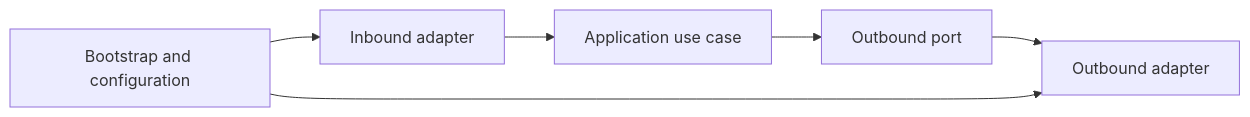
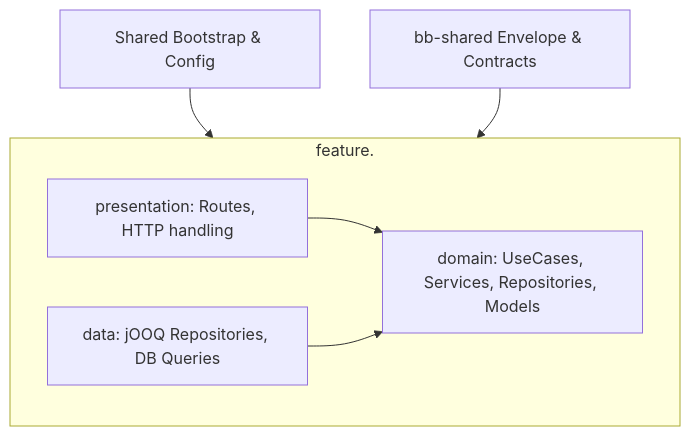
One commit to kevinrjones/acs_ball_by_ball changed the second of 3 diagrams in docs/architecture/applications.md. Above: the diagram before and after it, drawn with Mermaid. The commit also changed other lines of this file and 32 other files, not shown here.

First line of the commit message:
Refactor `bb-api` to adopt feature slices architecture

````diff
--- a/docs/architecture/applications.md
+++ b/docs/architecture/applications.md
@@ -90,8 +87,12 @@
 ```mermaid
-flowchart LR
-    In[Inbound adapter] --> App[Application use case]
-    App --> Port[Outbound port]
-    Port --> Out[Outbound adapter]
-    Bootstrap[Bootstrap and configuration] --> In
-    Bootstrap --> Out
+flowchart TD
+    subgraph FeatureSlice["feature.<feature_name>"]
+        Presentation[presentation: Routes, HTTP handling]
+        Domain[domain: UseCases, Services, Repositories, Models]
+        Data[data: jOOQ Repositories, DB Queries]
+        Presentation --> Domain
+        Data --> Domain
+    end
+    Bootstrap[Shared Bootstrap & Config] --> FeatureSlice
+    SharedContracts[bb-shared Envelope & Contracts] --> FeatureSlice
 ```
````
